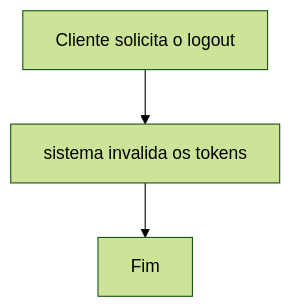
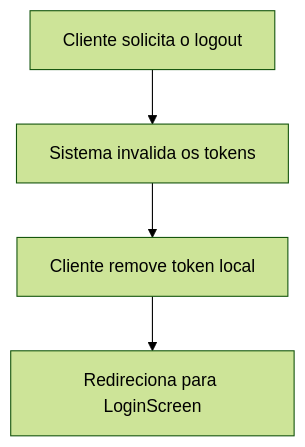
One commit to GabrHenr/BackEnd-TechPostSystem changed the third of 9 diagrams in readme.md. Above: the diagram before and after it, drawn with Mermaid (forest theme). The commit also changed other lines of this file and 6 other files, not shown here.

````diff
--- a/readme.md
+++ b/readme.md
@@ -115,5 +206,6 @@
 ```mermaid
 flowchart TD
-    A[Cliente solicita o logout] --> B[sistema invalida os tokens]
-    B --> C[Fim]
+    A[Cliente solicita o logout] --> B[Sistema invalida os tokens]
+    B --> C[Cliente remove token local]
+    C --> D[Redireciona para LoginScreen]
 ```
````
